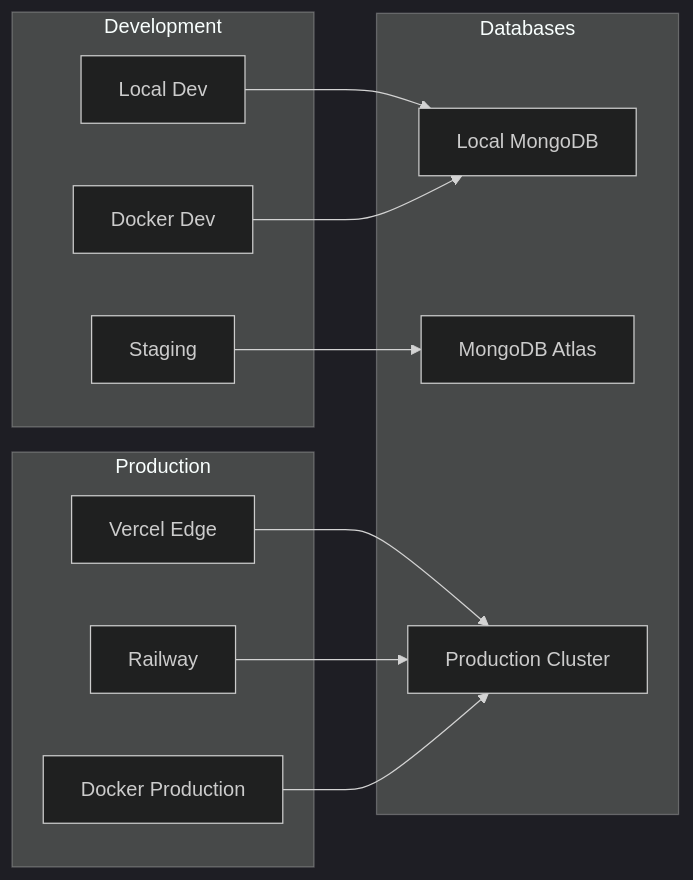
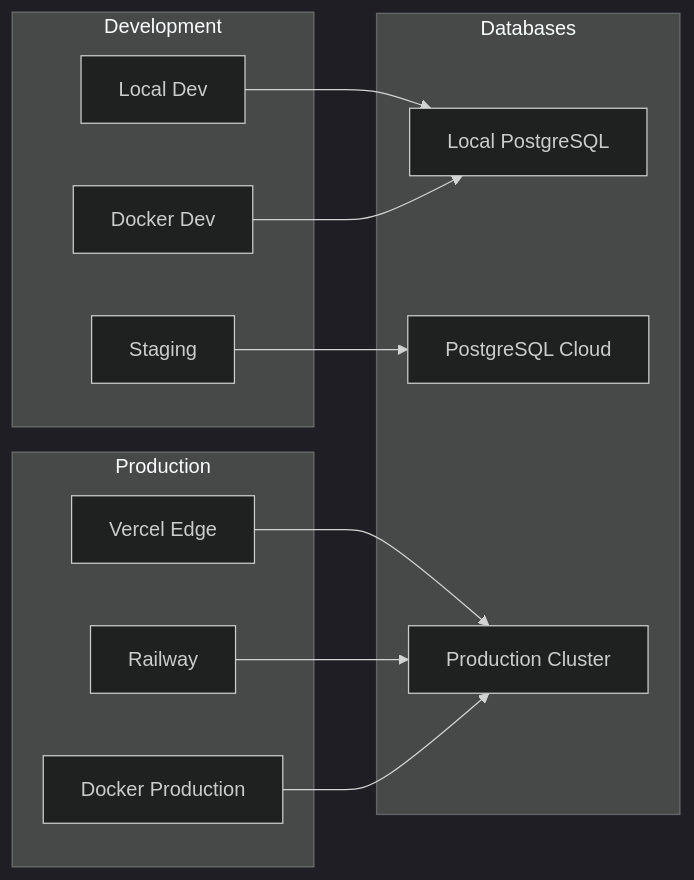
One commit to Sh0ckWaveZero/bun-line-t3 changed the seventh of 7 diagrams in docs/ARCHITECTURE.md. Above: the diagram before and after it, drawn with Mermaid (dark theme). The commit also changed other lines of this file and 2 other files, not shown here.

First line of the commit message:
docs: update database references from MongoDB to PostgreSQL

````diff
--- a/docs/ARCHITECTURE.md
+++ b/docs/ARCHITECTURE.md
@@ -807,27 +801,27 @@
 ```mermaid
 graph LR
     subgraph development [Development]
         A1[Local Dev]
         A2[Docker Dev]
         A3[Staging]
     end
 
     subgraph production [Production]
         B1[Vercel Edge]
         B2[Railway]
         B3[Docker Production]
     end
 
     subgraph databases [Databases]
-        C1[Local MongoDB]
-        C2[MongoDB Atlas]
+        C1[Local PostgreSQL]
+        C2[PostgreSQL Cloud]
         C3[Production Cluster]
     end
 
     A1 --> C1
     A2 --> C1
     A3 --> C2
     B1 --> C3
     B2 --> C3
     B3 --> C3
 ```
````
